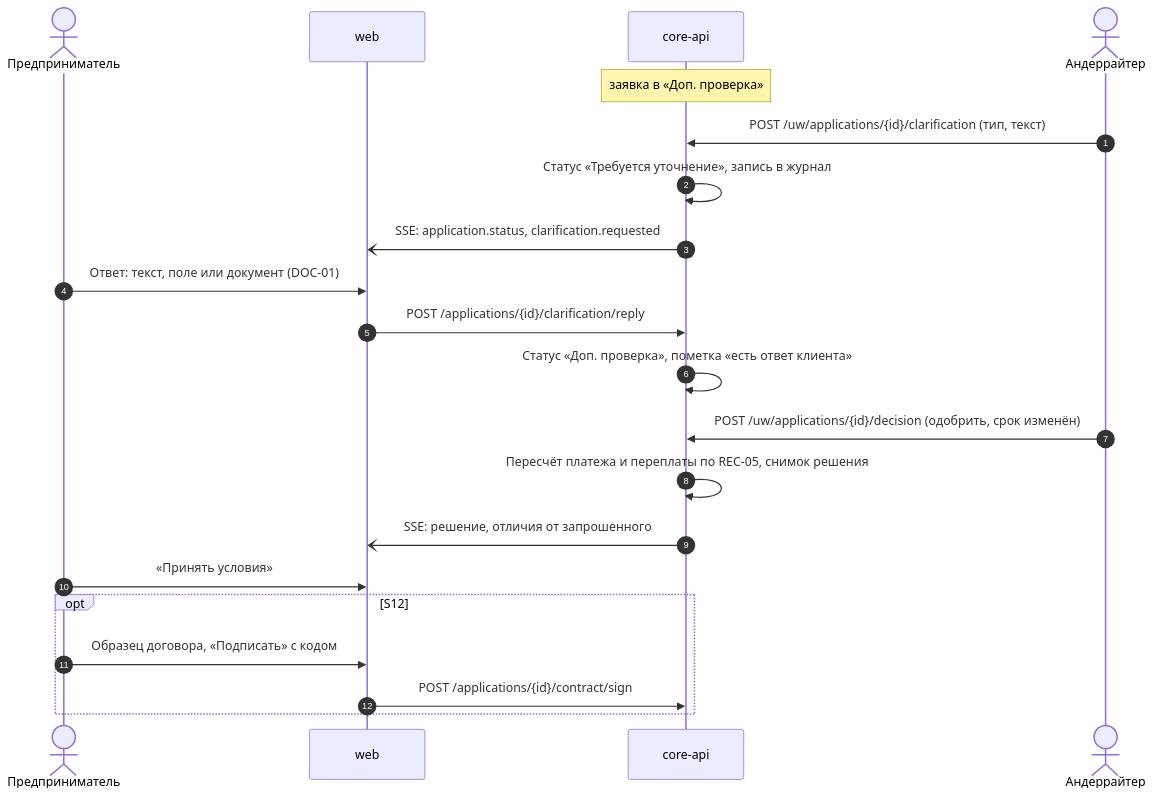
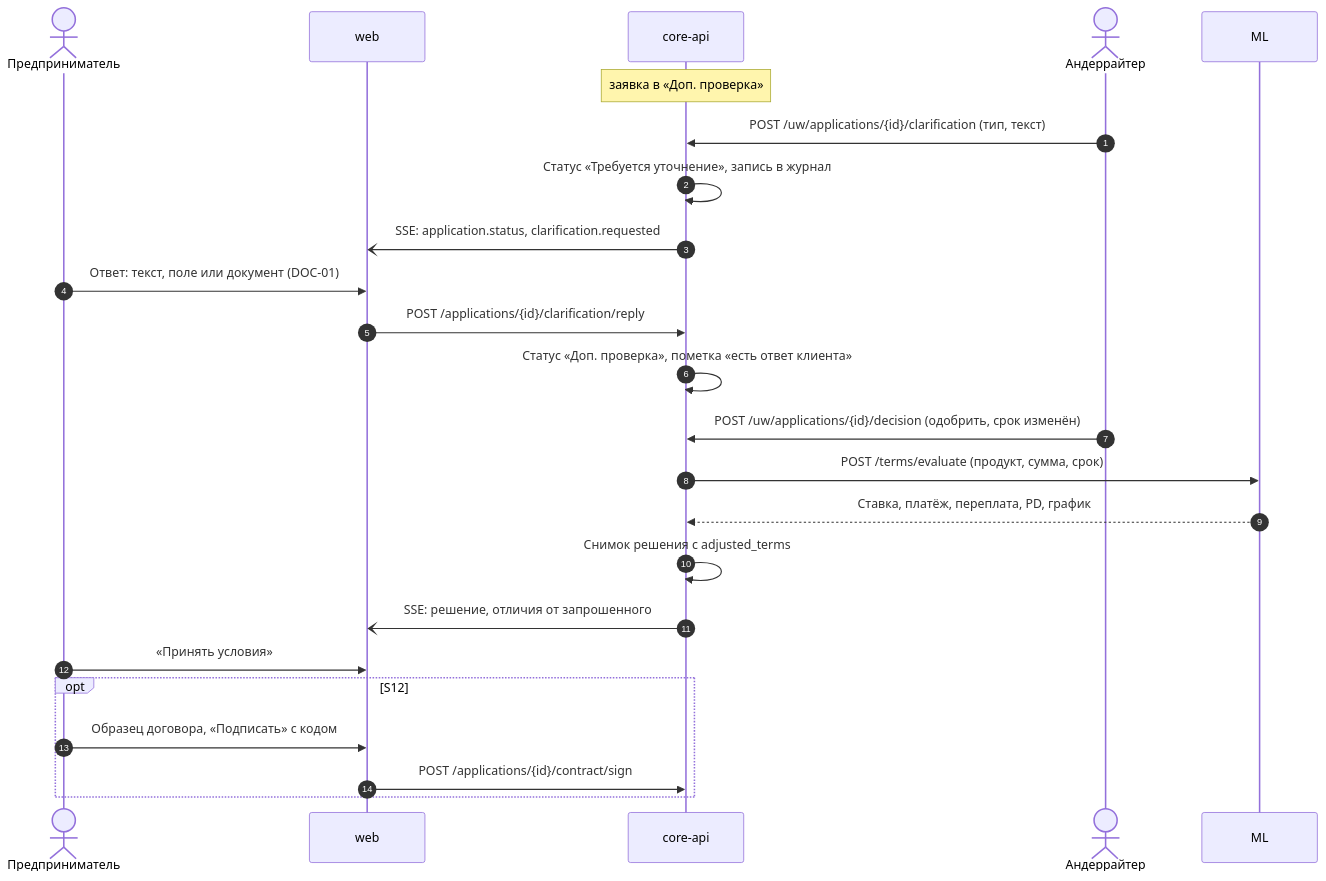
One commit to HRV220/AlfaHack2026 changed diagram 13 of 18 in docs/Архитектура прототипа — Умный кредитный кабинет (хакатон).md. Above: the diagram before and after it, drawn with Mermaid. The commit also changed other lines of this file and 13 other files, not shown here.

````diff
--- a/docs/Архитектура прототипа — Умный кредитный кабинет (хакатон).md
+++ b/docs/Архитектура прототипа — Умный кредитный кабинет (хакатон).md
@@ -695,23 +695,25 @@
 ```mermaid
 sequenceDiagram
   autonumber
   actor C as Предприниматель
   participant WEB as web
   participant CORE as core-api
   actor UW as Андеррайтер
   Note over CORE: заявка в «Доп. проверка»
   UW->>CORE: POST /uw/applications/{id}/clarification (тип, текст)
   CORE->>CORE: Статус «Требуется уточнение», запись в журнал
   CORE-)WEB: SSE: application.status, clarification.requested
   C->>WEB: Ответ: текст, поле или документ (DOC-01)
   WEB->>CORE: POST /applications/{id}/clarification/reply
   CORE->>CORE: Статус «Доп. проверка», пометка «есть ответ клиента»
   UW->>CORE: POST /uw/applications/{id}/decision (одобрить, срок изменён)
-  CORE->>CORE: Пересчёт платежа и переплаты по REC-05, снимок решения
+  CORE->>ML: POST /terms/evaluate (продукт, сумма, срок)
+  ML-->>CORE: Ставка, платёж, переплата, PD, график
+  CORE->>CORE: Снимок решения с adjusted_terms
   CORE-)WEB: SSE: решение, отличия от запрошенного
   C->>WEB: «Принять условия»
   opt S12
     C->>WEB: Образец договора, «Подписать» с кодом
     WEB->>CORE: POST /applications/{id}/contract/sign
   end
 ```
````
